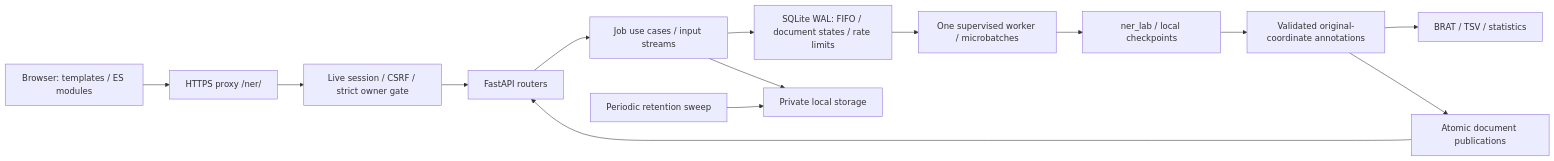
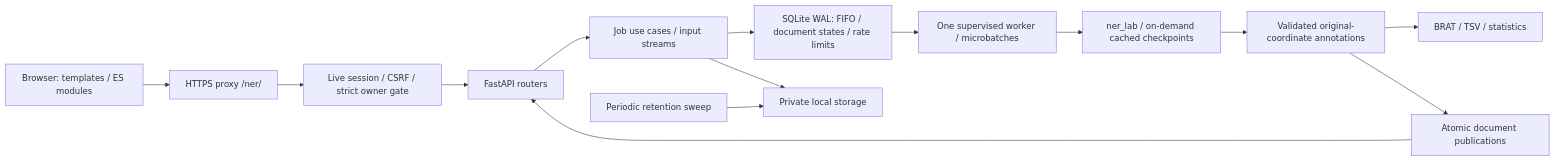
The diagram in README.md (nlp4bia-bsc/ner-inference-web), drawn with Mermaid before and after one commit. The commit also changed other lines of this file and 33 other files, not shown here.

````diff
--- a/README.md
+++ b/README.md
@@ -96,16 +101,16 @@
 ```mermaid
 flowchart LR
     B[Browser: templates / ES modules] --> P[HTTPS proxy /ner/]
     P --> G[Live session / CSRF / strict owner gate]
     G --> A[FastAPI routers]
     A --> J[Job use cases / input streams]
     J --> Q[SQLite WAL: FIFO / document states / rate limits]
     J --> S[Private local storage]
     Q --> W[One supervised worker / microbatches]
-    W --> N[ner_lab / local checkpoints]
+    W --> N[ner_lab / on-demand cached checkpoints]
     N --> V[Validated original-coordinate annotations]
     V --> X[BRAT / TSV / statistics]
     V --> I[Atomic document publications]
     I --> A
     C[Periodic retention sweep] --> S
 ```
````
